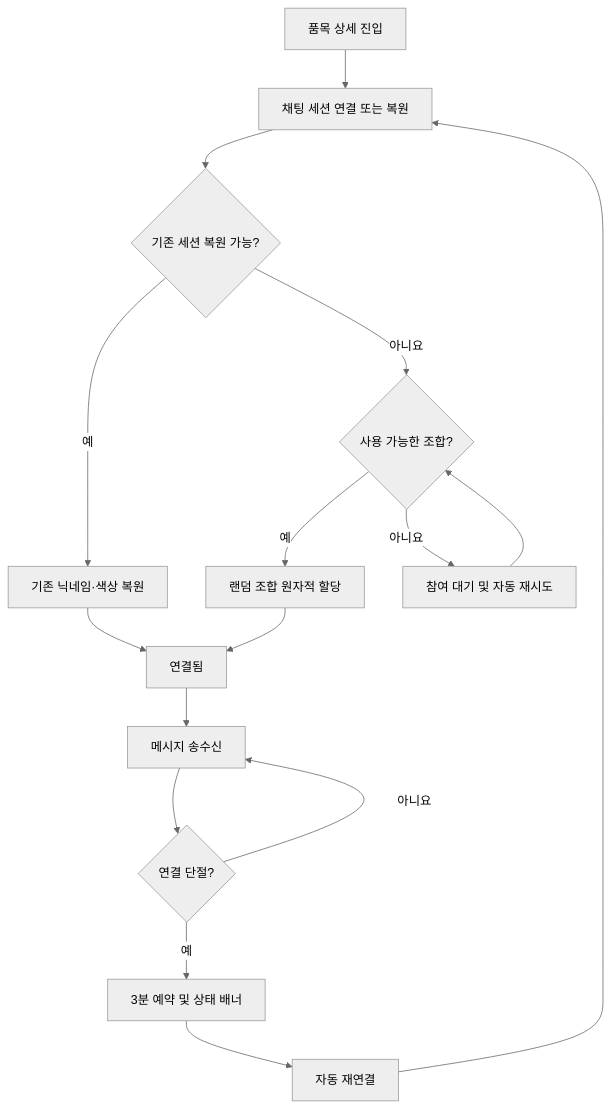
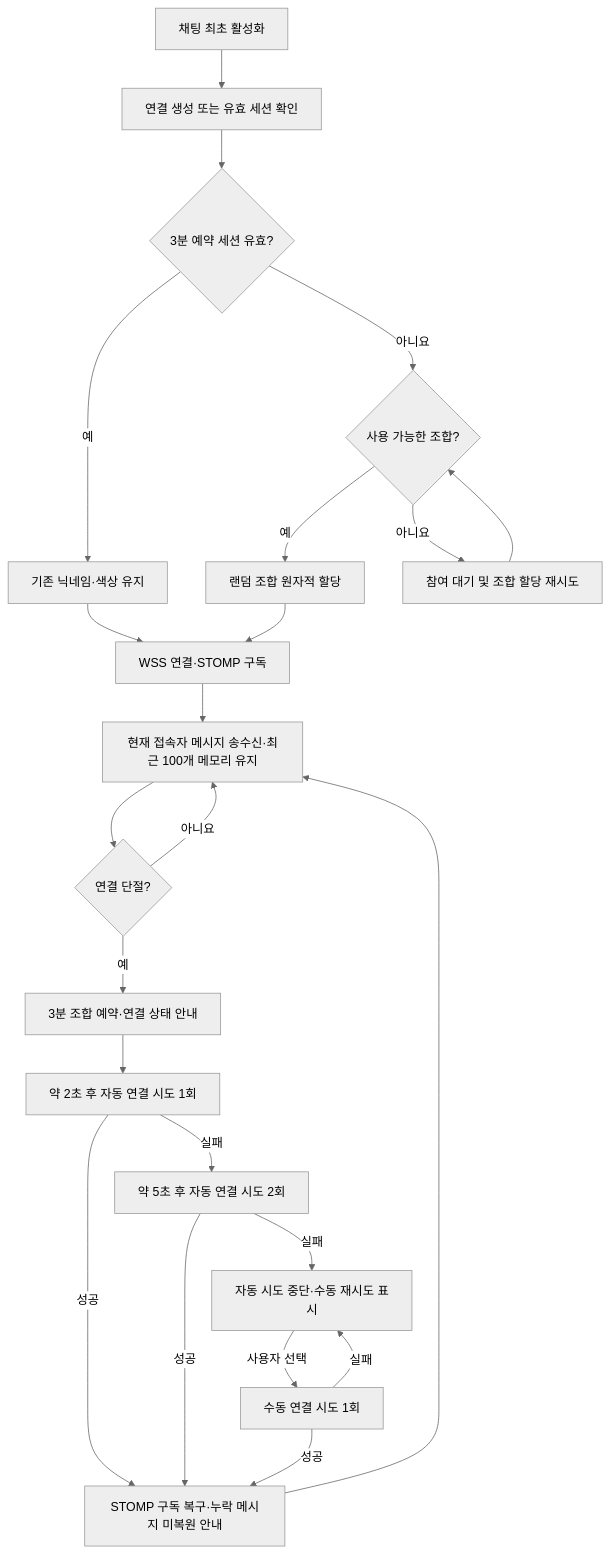
The diagram in MVP/product/ux/UX-002-화면-상태-및-인터랙션-설계.md (today-fish/today-fish-docs), drawn with Mermaid (neutral theme) before and after one commit. The commit also changed other lines of this file and 13 other files, not shown here.

````diff
--- a/MVP/product/ux/UX-002-화면-상태-및-인터랙션-설계.md
+++ b/MVP/product/ux/UX-002-화면-상태-및-인터랙션-설계.md
@@ -305,18 +309,25 @@
 ```mermaid
 flowchart TD
-    A[품목 상세 진입] --> B[채팅 세션 연결 또는 복원]
-    B --> C{기존 세션 복원 가능?}
-    C -->|예| D[기존 닉네임·색상 복원]
+    A[채팅 최초 활성화] --> B[연결 생성 또는 유효 세션 확인]
+    B --> C{3분 예약 세션 유효?}
+    C -->|예| D[기존 닉네임·색상 유지]
     C -->|아니요| E{사용 가능한 조합?}
     E -->|예| F[랜덤 조합 원자적 할당]
-    E -->|아니요| G[참여 대기 및 자동 재시도]
+    E -->|아니요| G[참여 대기 및 조합 할당 재시도]
     G --> E
-    D --> H[연결됨]
+    D --> H[WSS 연결·STOMP 구독]
     F --> H
-    H --> I[메시지 송수신]
+    H --> I[현재 접속자 메시지 송수신·최근 100개 메모리 유지]
     I --> J{연결 단절?}
     J -->|아니요| I
-    J -->|예| K[3분 예약 및 상태 배너]
-    K --> L[자동 재연결]
-    L --> B
+    J -->|예| K[3분 조합 예약·연결 상태 안내]
+    K --> L[약 2초 후 자동 연결 시도 1회]
+    L -->|성공| N[STOMP 구독 복구·누락 메시지 미복원 안내]
+    L -->|실패| M[약 5초 후 자동 연결 시도 2회]
+    M -->|성공| N
+    M -->|실패| O[자동 시도 중단·수동 재시도 표시]
+    O -->|사용자 선택| P[수동 연결 시도 1회]
+    P -->|성공| N
+    P -->|실패| O
+    N --> I
 ```
````
